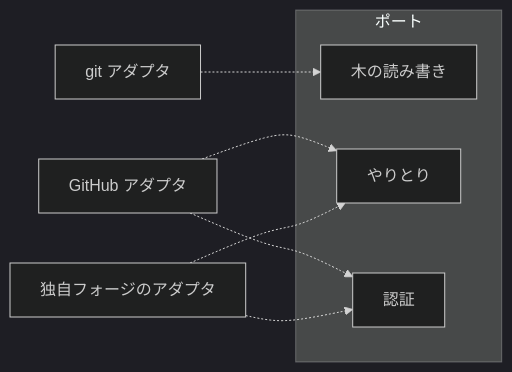
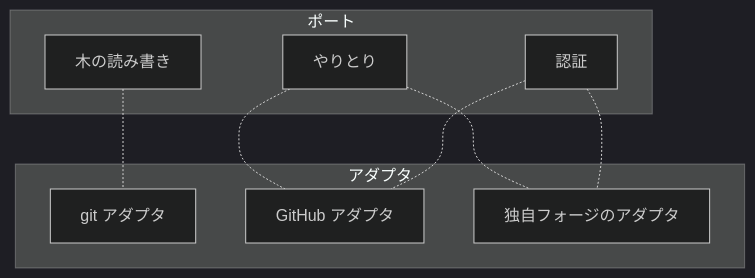
The diagram in design/backend/ports/README.md (yamambainc/logiforge), drawn with Mermaid (dark theme) before and after one commit. The commit also changed other lines of this file and 2 other files, not shown here.

Commit message:
design: レイヤー図を、上から呼ぶ側、下に外のサービスの順に並べた

````diff
--- a/design/backend/ports/README.md
+++ b/design/backend/ports/README.md
@@ -18,13 +18,18 @@
 ```mermaid
-flowchart LR
+flowchart TB
   subgraph PT["ポート"]
     P1["木の読み書き"]
     P2["やりとり"]
     P3["認証"]
   end
-  GA["git アダプタ"] -.-> P1
-  GH["GitHub アダプタ"] -.-> P2
-  GH -.-> P3
-  NFA["独自フォージのアダプタ"] -.-> P2
-  NFA -.-> P3
+  subgraph AD["アダプタ"]
+    GA["git アダプタ"]
+    GH["GitHub アダプタ"]
+    NFA["独自フォージのアダプタ"]
+  end
+  P1 -.- GA
+  P2 -.- GH
+  P3 -.- GH
+  P2 -.- NFA
+  P3 -.- NFA
 ```
````
